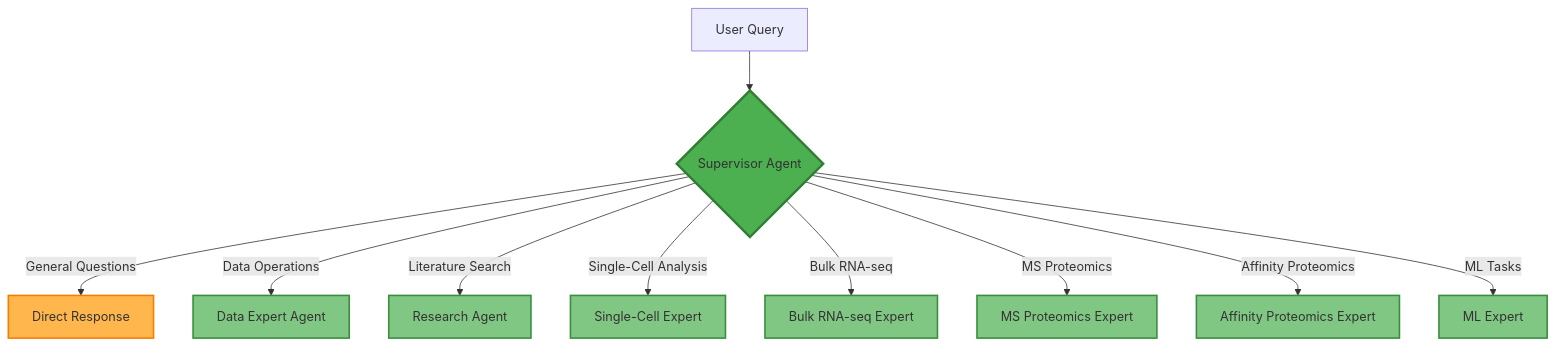
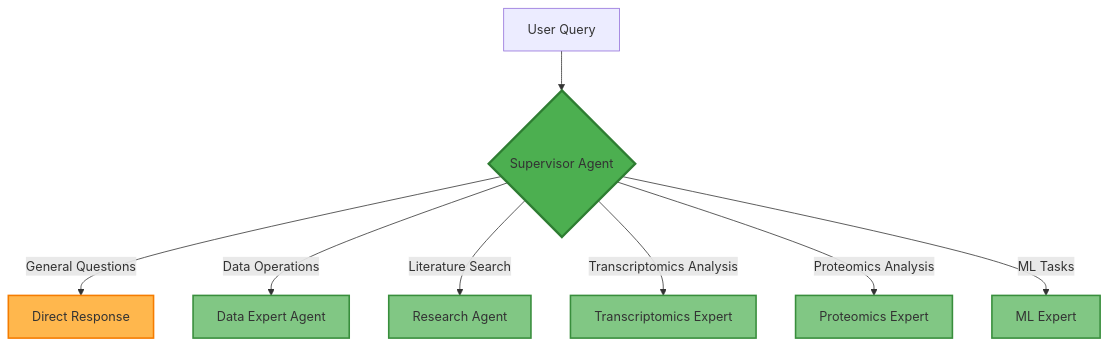
Before and after one commit to the-omics-os/lobster: the second of 6 diagrams in wiki/19-agent-system.md, drawn with Mermaid. The commit also changed other lines of this file and 10 other files, not shown here.

````diff
--- a/wiki/19-agent-system.md
+++ b/wiki/19-agent-system.md
@@ -83,21 +83,19 @@
 ```mermaid
 flowchart TD
     USER[User Query] --> SUPERVISOR{Supervisor Agent}
 
     SUPERVISOR --> |General Questions| DIRECT[Direct Response]
     SUPERVISOR --> |Data Operations| DATA_EXPERT[Data Expert Agent]
     SUPERVISOR --> |Literature Search| RESEARCH[Research Agent]
-    SUPERVISOR --> |Single-Cell Analysis| SC_EXPERT[Single-Cell Expert]
-    SUPERVISOR --> |Bulk RNA-seq| BULK_EXPERT[Bulk RNA-seq Expert]
-    SUPERVISOR --> |MS Proteomics| MS_EXPERT[MS Proteomics Expert]
-    SUPERVISOR --> |Affinity Proteomics| AF_EXPERT[Affinity Proteomics Expert]
+    SUPERVISOR --> |Transcriptomics Analysis| TRANS_EXPERT[Transcriptomics Expert]
+    SUPERVISOR --> |Proteomics Analysis| PROT_EXPERT[Proteomics Expert]
     SUPERVISOR --> |ML Tasks| ML_EXPERT[ML Expert]
 
     classDef supervisor fill:#4caf50,stroke:#2e7d32,stroke-width:3px
     classDef agent fill:#81c784,stroke:#388e3c,stroke-width:2px
     classDef response fill:#ffb74d,stroke:#f57c00,stroke-width:2px
 
     class SUPERVISOR supervisor
-    class DATA_EXPERT,RESEARCH,SC_EXPERT,BULK_EXPERT,MS_EXPERT,AF_EXPERT,ML_EXPERT agent
+    class DATA_EXPERT,RESEARCH,TRANS_EXPERT,PROT_EXPERT,ML_EXPERT agent
     class DIRECT response
 ```
````
